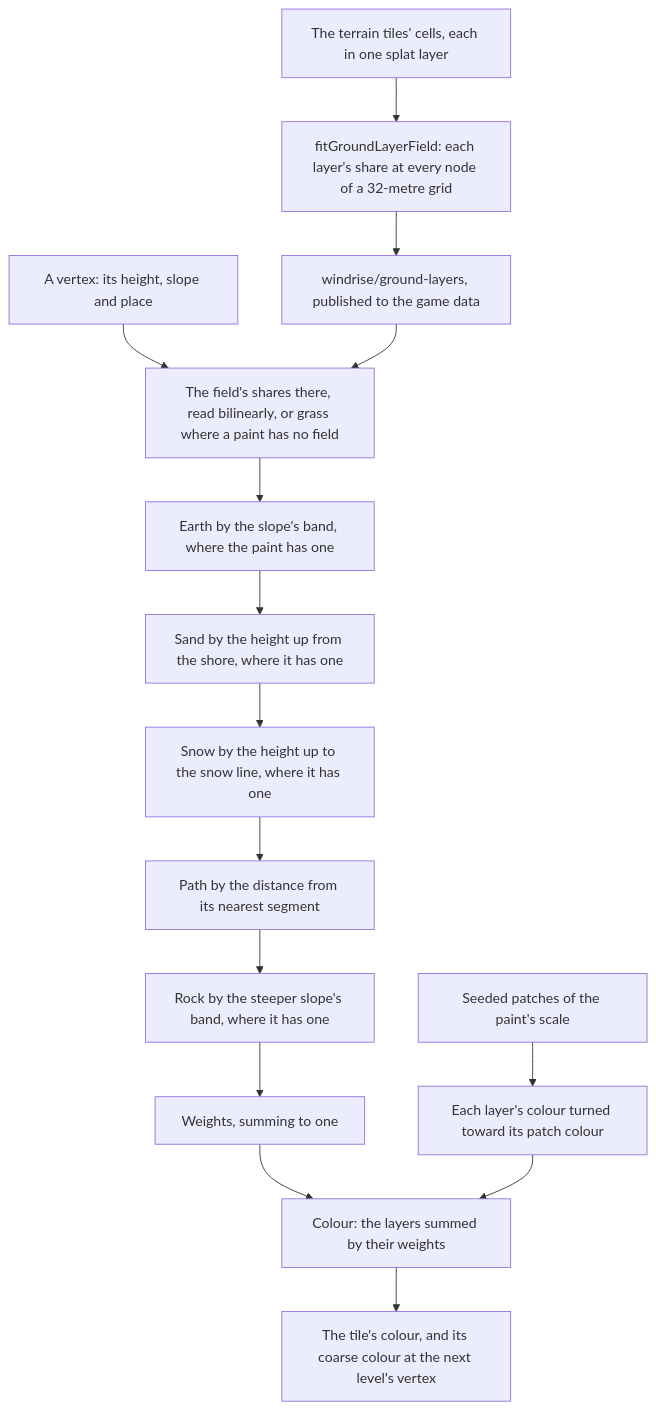
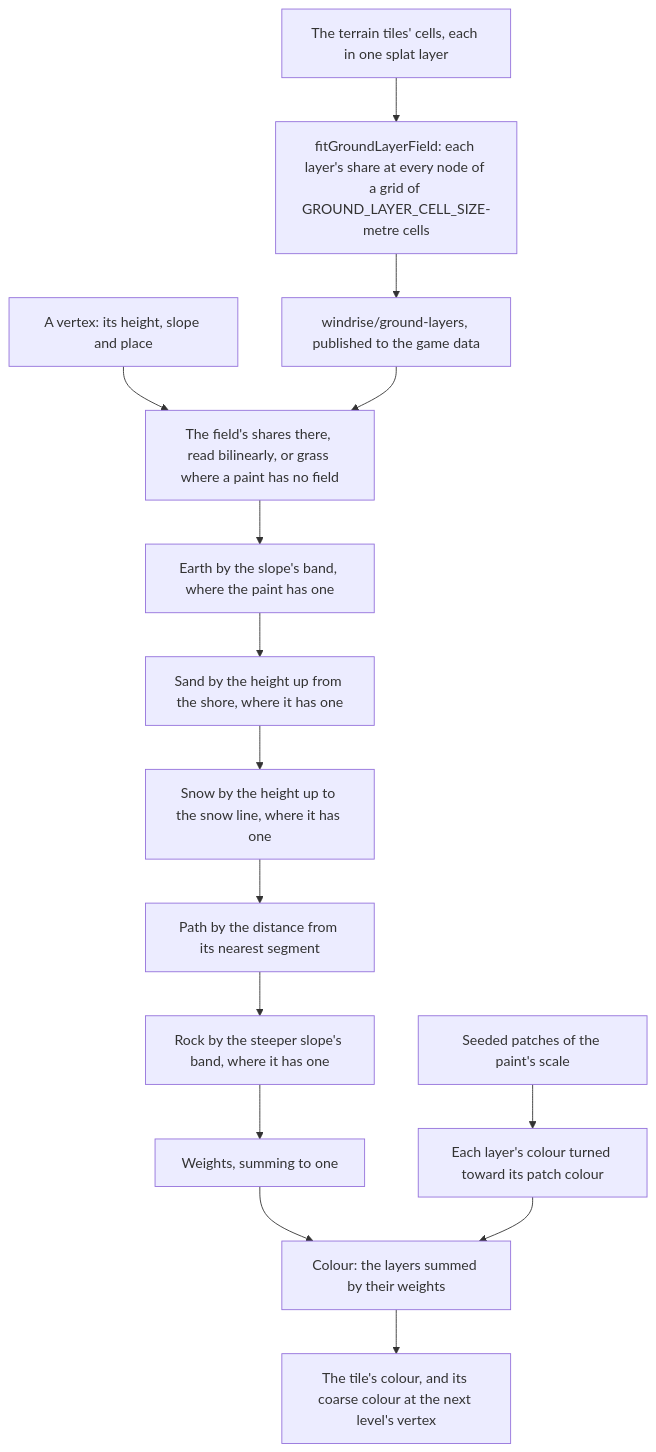
Before and after one commit to Esposter/Esposter: the diagram in openspec/specs/genshin/ground-paint/design.md, drawn with Mermaid. The commit also changed 7 other files, not shown here.

````diff
--- a/openspec/specs/genshin/ground-paint/design.md
+++ b/openspec/specs/genshin/ground-paint/design.md
@@ -7,17 +7,17 @@
 ```mermaid
 flowchart TD
-  BM["The terrain tiles' cells, each in one splat layer"] --> FIT["fitGroundLayerField: each layer's share at every node of a 32-metre grid"]
+  BM["The terrain tiles' cells, each in one splat layer"] --> FIT["fitGroundLayerField: each layer's share at every node of a grid of GROUND_LAYER_CELL_SIZE-metre cells"]
   FIT --> F["windrise/ground-layers, published to the game data"]
   V["A vertex: its height, slope and place"] --> L["The field's shares there, read bilinearly, or grass where a paint has no field"]
   F --> L
   L --> E["Earth by the slope's band, where the paint has one"]
   E --> S["Sand by the height up from the shore, where it has one"]
   S --> N["Snow by the height up to the snow line, where it has one"]
   N --> P["Path by the distance from its nearest segment"]
   P --> R["Rock by the steeper slope's band, where it has one"]
   R --> W["Weights, summing to one"]
   NOISE["Seeded patches of the paint's scale"] --> C["Each layer's colour turned toward its patch colour"]
   W --> SUM["Colour: the layers summed by their weights"]
   C --> SUM
   SUM --> TILE["The tile's colour, and its coarse colour at the next level's vertex"]
 ```
````
